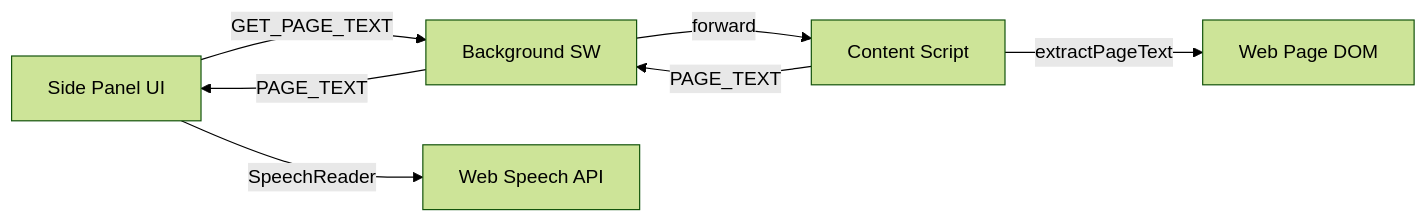
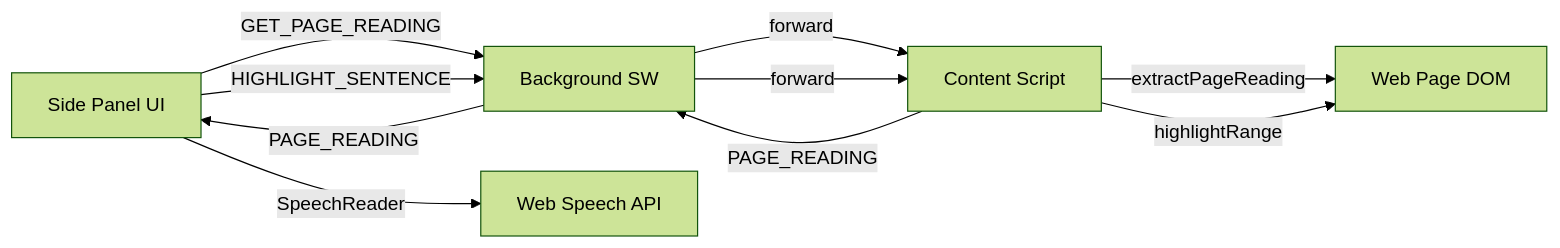
One commit to VanessaKeeton/geordi changed the diagram in docs/ARCHITECTURE.md. Above: the diagram before and after it, drawn with Mermaid (forest theme). The commit also changed other lines of this file and 21 other files, not shown here.

First line of the commit message:
Add follow-along word highlighting for page reading (#21).

````diff
--- a/docs/ARCHITECTURE.md
+++ b/docs/ARCHITECTURE.md
@@ -7,14 +7,17 @@
 ```mermaid
 flowchart LR
   SidePanel[Side Panel UI]
   Background[Background SW]
   Content[Content Script]
   Page[Web Page DOM]
 
-  SidePanel -->|"GET_PAGE_TEXT"| Background
+  SidePanel -->|"GET_PAGE_READING"| Background
   Background -->|"forward"| Content
-  Content -->|"extractPageText"| Page
-  Content -->|"PAGE_TEXT"| Background
-  Background -->|"PAGE_TEXT"| SidePanel
+  Content -->|"extractPageReading"| Page
+  Content -->|"PAGE_READING"| Background
+  Background -->|"PAGE_READING"| SidePanel
   SidePanel -->|"SpeechReader"| TTS[Web Speech API]
+  SidePanel -->|"HIGHLIGHT_SENTENCE"| Background
+  Background -->|"forward"| Content
+  Content -->|"highlightRange"| Page
 ```
````
